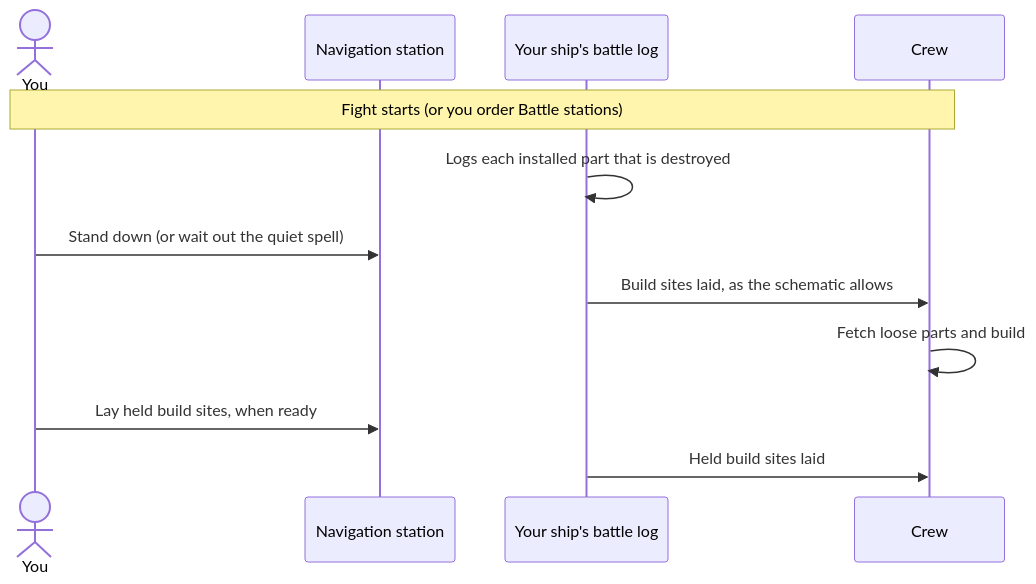
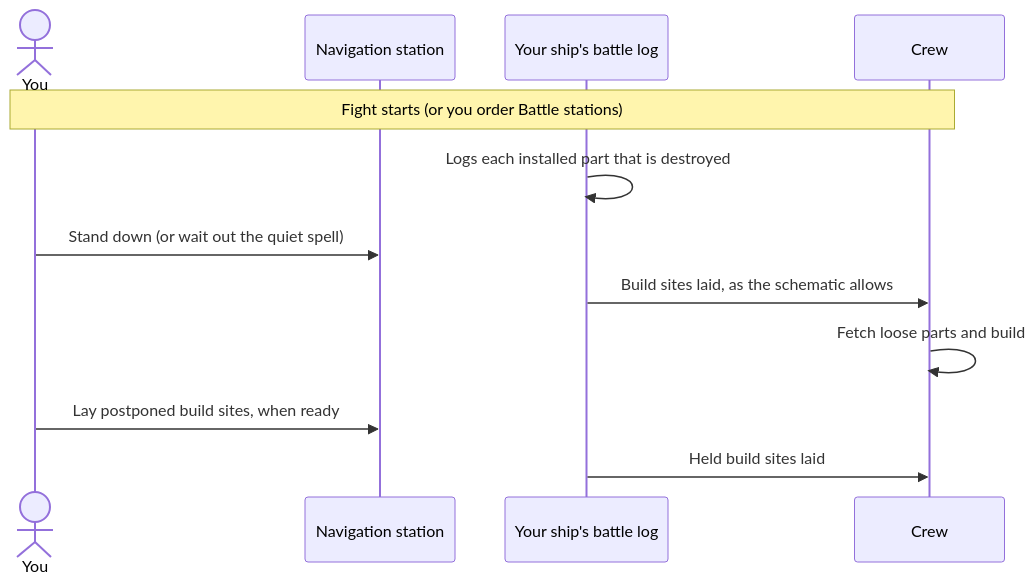
Before and after one commit to phobos-dthorga/phobos-ostranauts: the second of 5 diagrams in docs/war-declared-player-guide.md, drawn with Mermaid. The commit also changed other lines of this file and 46 other files, not shown here.

````diff
--- a/docs/war-declared-player-guide.md
+++ b/docs/war-declared-player-guide.md
@@ -48,14 +48,14 @@
 ```mermaid
 sequenceDiagram
     actor You
     participant Nav as Navigation station
     participant Log as Your ship's battle log
     participant Crew
     Note over You,Crew: Fight starts (or you order Battle stations)
     Log->>Log: Logs each installed part that is destroyed
     You->>Nav: Stand down (or wait out the quiet spell)
     Log->>Crew: Build sites laid, as the schematic allows
     Crew->>Crew: Fetch loose parts and build
-    You->>Nav: Lay held build sites, when ready
+    You->>Nav: Lay postponed build sites, when ready
     Log->>Crew: Held build sites laid
 ```
````
